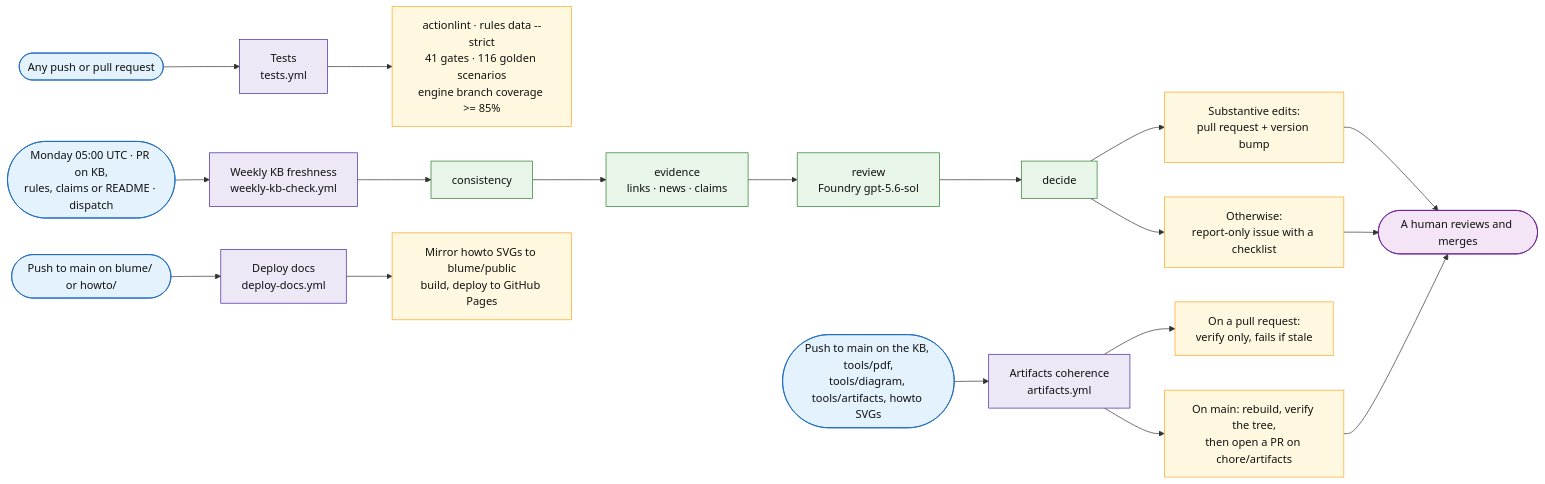
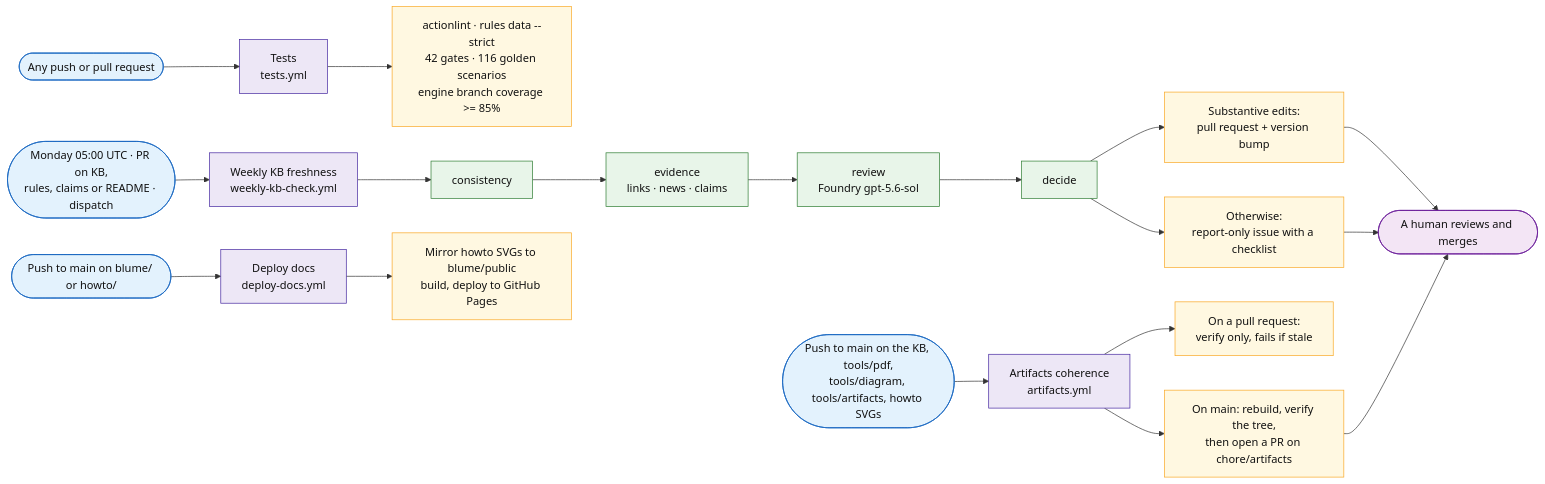
Before and after one commit to fredgis/sql-migration-advisor: the sixth of 6 diagrams in docs/sql-migration-advisor-developer-pitch.md, drawn with Mermaid. The commit also changed 5 other files, not shown here.

First line of the commit message:
Put the missing rules on the published graph, and make it checkable (#70)

````diff
--- a/docs/sql-migration-advisor-developer-pitch.md
+++ b/docs/sql-migration-advisor-developer-pitch.md
@@ -991,33 +991,33 @@
 ```mermaid
 flowchart LR
     G1([Any push or pull request]) --> W1[Tests<br/>tests.yml]
     G2([Monday 05:00 UTC · PR on KB,<br/>rules, claims or README · dispatch]) --> W2[Weekly KB freshness<br/>weekly-kb-check.yml]
     G3([Push to main on the KB, tools/pdf,<br/>tools/diagram, tools/artifacts, howto SVGs]) --> W3[Artifacts coherence<br/>artifacts.yml]
     G4([Push to main on blume/ or howto/]) --> W4[Deploy docs<br/>deploy-docs.yml]
 
-    W1 --> O1[actionlint · rules data --strict<br/>41 gates · 116 golden scenarios<br/>engine branch coverage >= 85%]
+    W1 --> O1[actionlint · rules data --strict<br/>42 gates · 116 golden scenarios<br/>engine branch coverage >= 85%]
 
     W2 --> C1[consistency] --> C2[evidence<br/>links · news · claims] --> C3[review<br/>Foundry gpt-5.6-sol] --> C4[decide]
     C4 --> O2a[Substantive edits:<br/>pull request + version bump]
     C4 --> O2b[Otherwise:<br/>report-only issue with a checklist]
 
     W3 --> O3a[On a pull request:<br/>verify only, fails if stale]
     W3 --> O3b[On main: rebuild, verify the tree,<br/>then open a PR on chore/artifacts]
 
     W4 --> O4[Mirror howto SVGs to blume/public<br/>build, deploy to GitHub Pages]
 
     O2a --> H([A human reviews and merges])
     O2b --> H
     O3b --> H
 
     classDef trig fill:#e3f2fd,stroke:#1565c0,color:#111
     classDef flow fill:#ede7f6,stroke:#4527a0,color:#111
     classDef step fill:#e8f5e9,stroke:#2e7d32,color:#111
     classDef out fill:#fff8e1,stroke:#f9a825,color:#111
     classDef human fill:#f3e5f5,stroke:#6a1b9a,color:#111
     class G1,G2,G3,G4 trig
     class W1,W2,W3,W4 flow
     class C1,C2,C3,C4 step
     class O1,O2a,O2b,O3a,O3b,O4 out
     class H human
 ```
````
